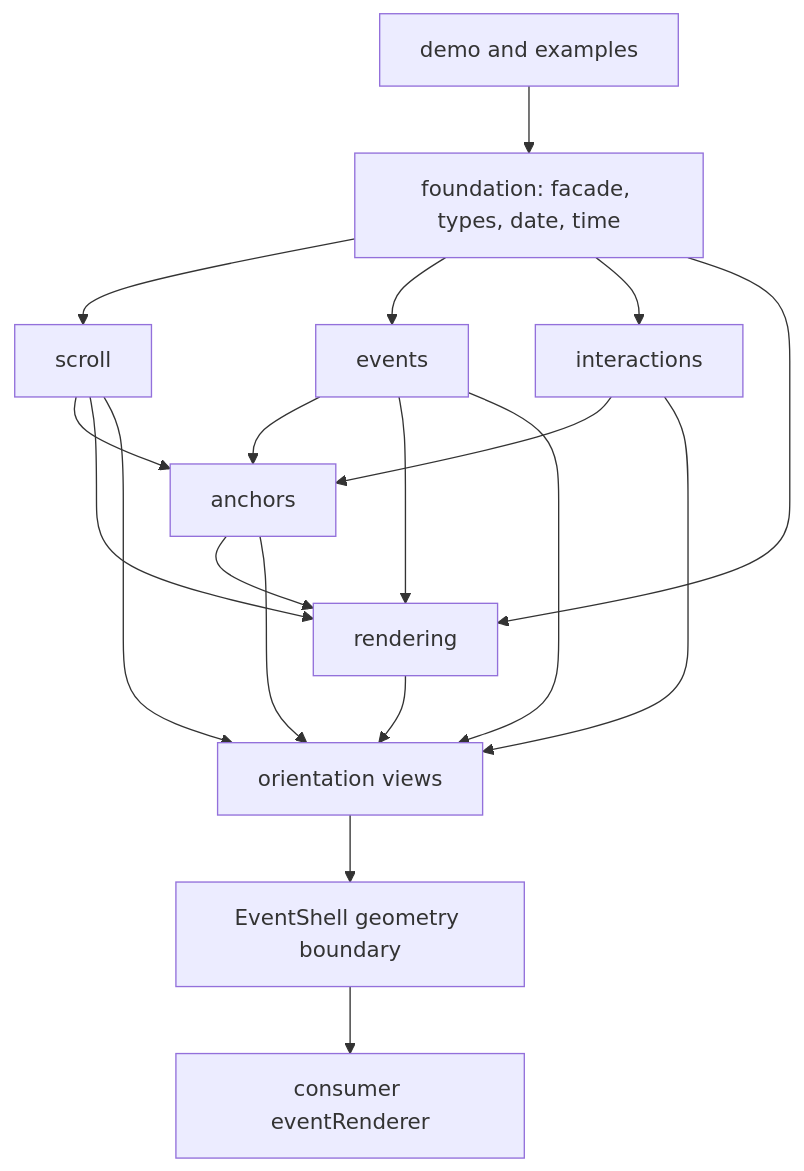
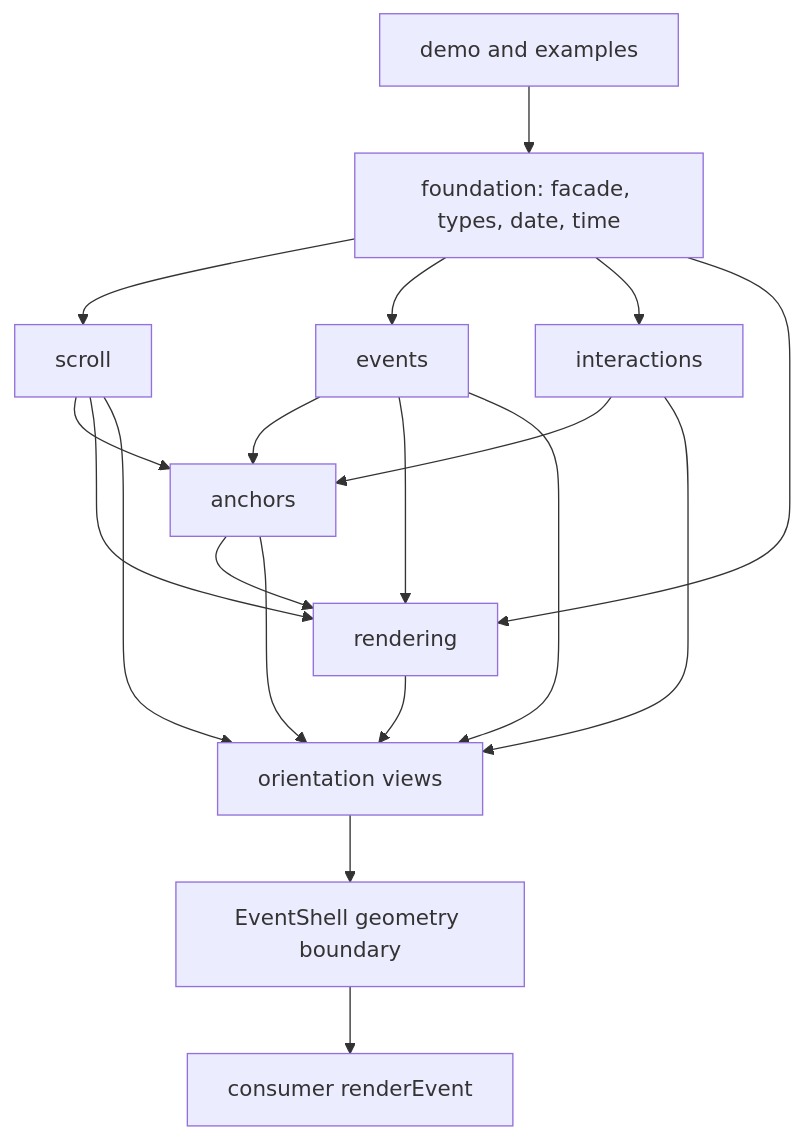
The third of 11 diagrams in docs/infinite-calendar/architecture.md (junomedical/quno-calendar), drawn with Mermaid before and after one commit. The commit also changed other lines of this file and 260 other files, not shown here.

````diff
--- a/docs/infinite-calendar/architecture.md
+++ b/docs/infinite-calendar/architecture.md
@@ -106,21 +106,21 @@
 ```mermaid
 flowchart TD
   Entry["foundation: facade, types, date, time"] --> Scroll["scroll"]
   Entry --> Events["events"]
   Entry --> Interactions["interactions"]
   Scroll --> Anchors["anchors"]
   Events --> Anchors
   Interactions --> Anchors
   Entry --> Rendering["rendering"]
   Scroll --> Rendering
   Events --> Rendering
   Anchors --> Rendering
   Scroll --> Views["orientation views"]
   Events --> Views
   Interactions --> Views
   Anchors --> Views
   Rendering --> Views
   Views --> Shell["EventShell geometry boundary"]
-  Shell --> External["consumer eventRenderer"]
+  Shell --> External["consumer renderEvent"]
   Demo["demo and examples"] --> Entry
 ```
````
